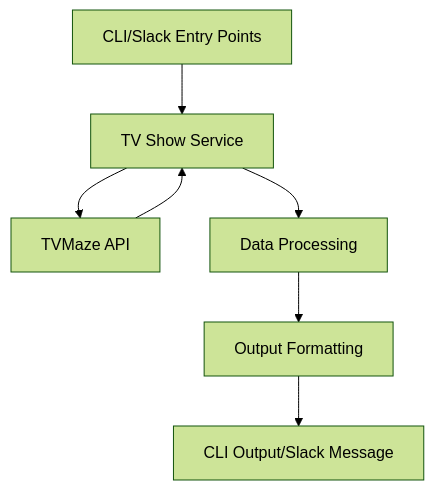
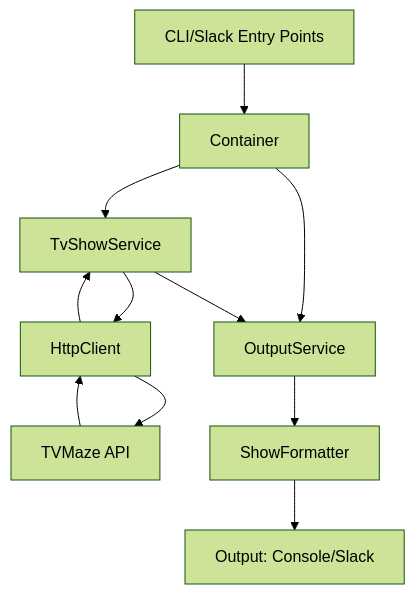
Before and after one commit to szeller/whatsontv: the diagram in docs/TechSpec.md, drawn with Mermaid (forest theme). The commit also changed other lines of this file and 64 other files, not shown here.

First line of the commit message:
Implement Clean Architecture with Dependency Injection and Improve Test Coverage

````diff
--- a/docs/TechSpec.md
+++ b/docs/TechSpec.md
@@ -47,9 +83,13 @@
 ```mermaid
 graph TD
-    A[CLI/Slack Entry Points] --> B[TV Show Service]
-    B --> C[TVMaze API]
-    C --> B
-    B --> D[Data Processing]
-    D --> E[Output Formatting]
-    E --> F[CLI Output/Slack Message]
+    A[CLI/Slack Entry Points] --> B[Container]
+    B --> C[OutputService]
+    B --> D[TvShowService]
+    D --> E[HttpClient]
+    E --> F[TVMaze API]
+    F --> E
+    E --> D
+    D --> C
+    C --> G[ShowFormatter]
+    G --> H[Output: Console/Slack]
 ```
````
